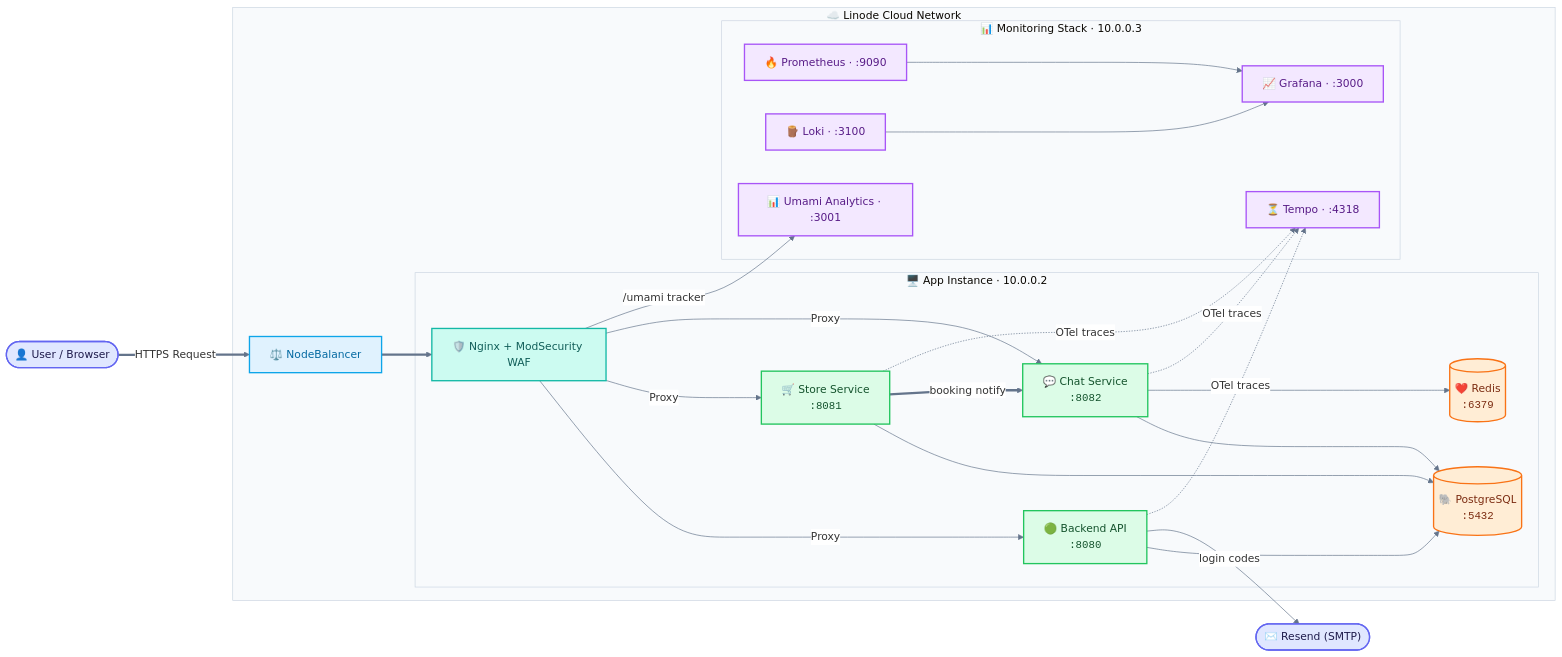
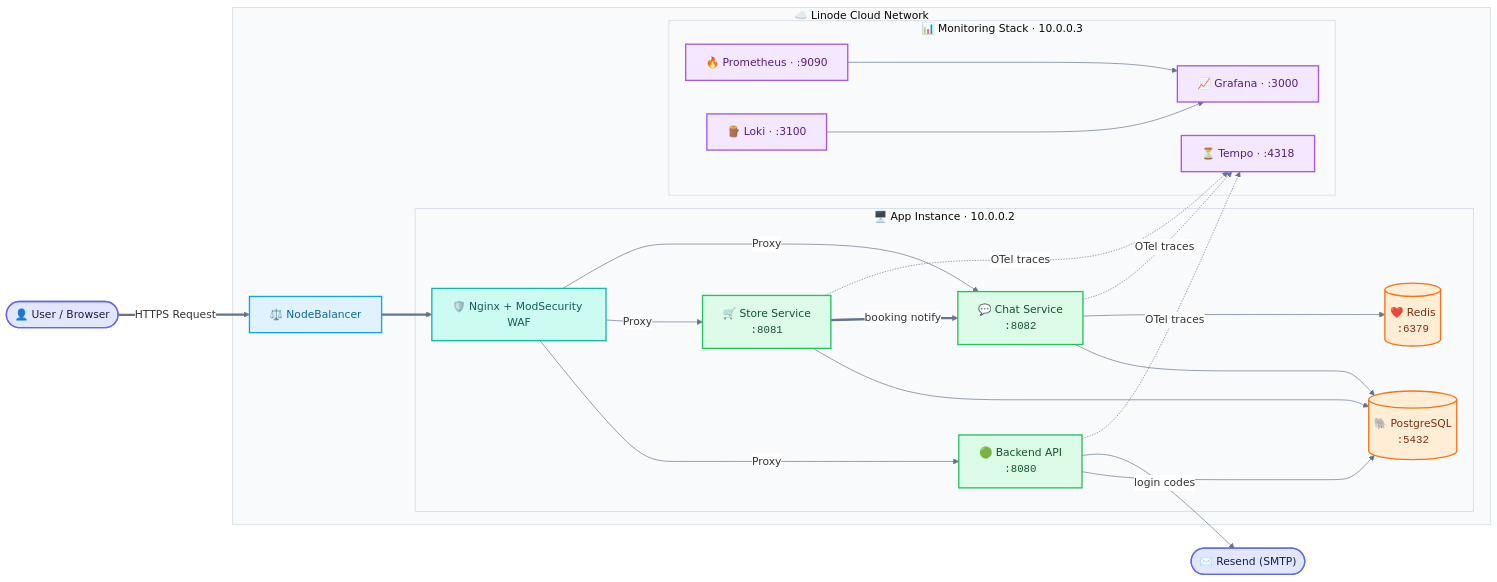
The first of 2 diagrams in README.md (kennethatria/myGuy), drawn with Mermaid before and after one commit. The commit also changed other lines of this file and 20 other files, not shown here.

Commit message:
chore(monitoring): remove umami to free memory

````diff
--- a/README.md
+++ b/README.md
@@ -15,63 +15,61 @@
 ```mermaid
 %%{init: {'theme': 'base', 'themeVariables': {'clusterBkg': '#f8fafc', 'clusterBorder': '#cbd5e1', 'edgeLabelBackground': '#ffffff', 'lineColor': '#64748b'}}}%%
 
 graph LR
     %% Custom Semantic Styling
     classDef external   fill:#e0e7ff,stroke:#6366f1,color:#1e1b4b,stroke-width:2px;
     classDef lb         fill:#e0f2fe,stroke:#0ea5e9,color:#0369a1,stroke-width:2px;
     classDef gateway    fill:#ccfbf1,stroke:#14b8a6,color:#115e59,stroke-width:2px;
     classDef service    fill:#dcfce7,stroke:#22c55e,color:#14532d,stroke-width:2px;
     classDef database   fill:#ffedd5,stroke:#f97316,color:#7c2d12,stroke-width:2px;
     classDef monitoring fill:#f3e8ff,stroke:#a855f7,color:#581c87,stroke-width:2px;
 
     %% Nodes Definitions
     User(["👤 User / Browser"]):::external
 
     subgraph Linode["☁️ Linode Cloud Network"]
         NB["⚖️ NodeBalancer"]:::lb
 
         subgraph App["🖥️ App Instance · 10.0.0.2"]
             WAF["🛡️ Nginx + ModSecurity WAF"]:::gateway
             API["🟢 Backend API<br/><code>:8080</code>"]:::service
             STORE["🛒 Store Service<br/><code>:8081</code>"]:::service
             CHAT["💬 Chat Service<br/><code>:8082</code>"]:::service
             PG[("🐘 PostgreSQL<br/><code>:5432</code>")]:::database
             REDIS[("❤️ Redis<br/><code>:6379</code>")]:::database
         end
 
         subgraph Mon["📊 Monitoring Stack · 10.0.0.3"]
             TEMPO["⏳ Tempo · :4318"]:::monitoring
             PROM["🔥 Prometheus · :9090"]:::monitoring
             LOKI["🪵 Loki · :3100"]:::monitoring
             GRAFANA["📈 Grafana · :3000"]:::monitoring
-            UMAMI["📊 Umami Analytics · :3001"]:::monitoring
         end
     end
 
     MAIL(["✉️ Resend (SMTP)"]):::external
 
     %% Flow Topology
     User ==>|HTTPS Request| NB
     NB ==> WAF
     
     WAF -->|Proxy| API
     WAF -->|Proxy| STORE
     WAF -->|Proxy| CHAT
 
     API ---> PG
     STORE ---> PG
     CHAT ---> PG
     CHAT ---> REDIS
     
     STORE ==>|booking notify| CHAT
     API -->|login codes| MAIL
-    WAF -->|/umami tracker| UMAMI
 
     %% Telemetry & Logging
     API -.->|OTel traces| TEMPO
     STORE -.->|OTel traces| TEMPO
     CHAT -.->|OTel traces| TEMPO
     
     PROM ---> GRAFANA
     LOKI ---> GRAFANA
 ```
````
